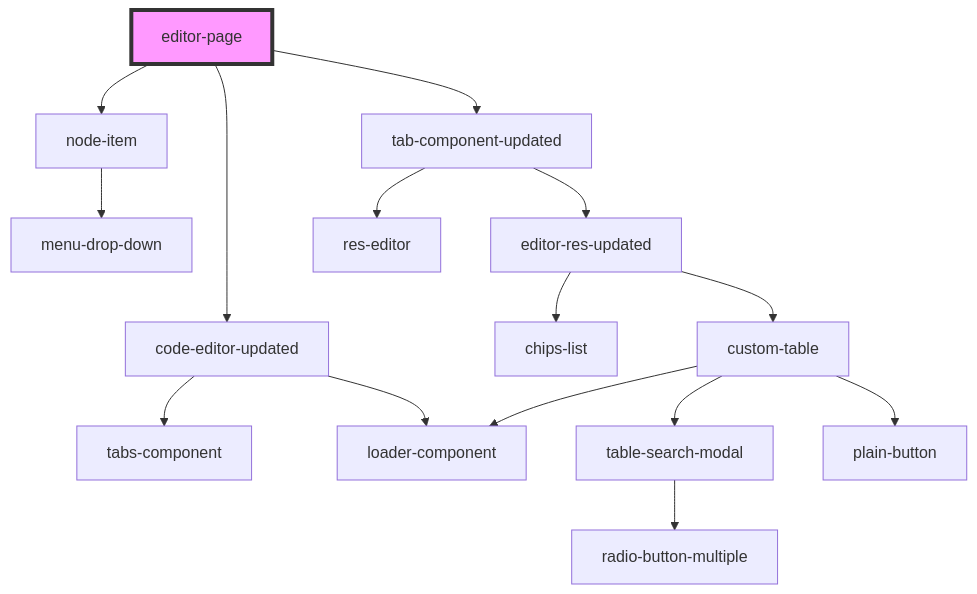
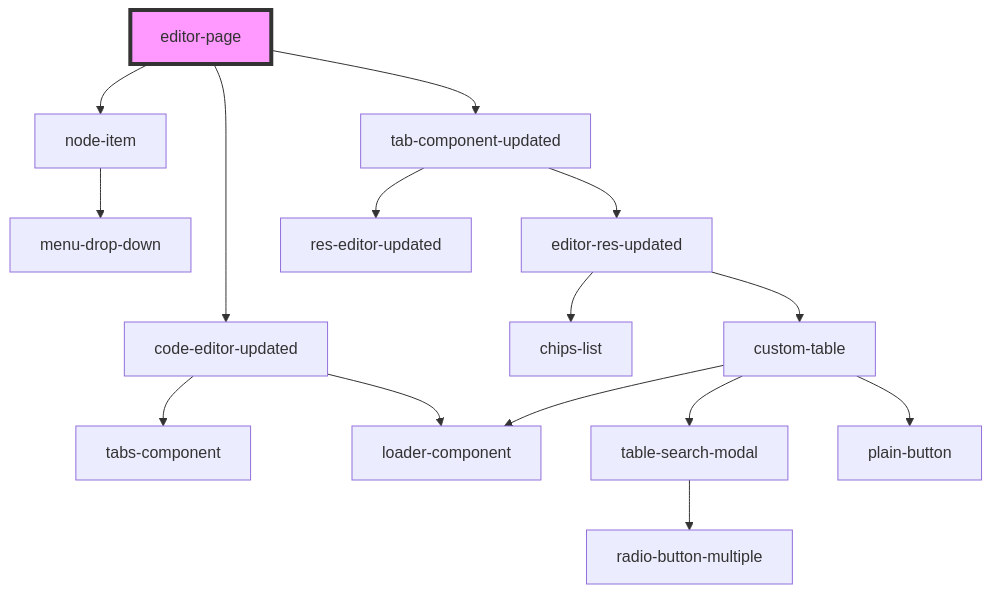
One commit to techvariable/NeptuneConnectComponents changed the diagram in src/components/editor-page/readme.md. Above: the diagram before and after it, drawn with Mermaid. The commit also changed 7 other files, not shown here.

````diff
--- a/src/components/editor-page/readme.md
+++ b/src/components/editor-page/readme.md
@@ -24,18 +24,18 @@
 ```mermaid
 graph TD;
   editor-page --> node-item
   editor-page --> code-editor-updated
   editor-page --> tab-component-updated
   node-item --> menu-drop-down
   code-editor-updated --> tabs-component
   code-editor-updated --> loader-component
   tab-component-updated --> editor-res-updated
-  tab-component-updated --> res-editor
+  tab-component-updated --> res-editor-updated
   editor-res-updated --> chips-list
   editor-res-updated --> custom-table
   custom-table --> table-search-modal
   custom-table --> loader-component
   custom-table --> plain-button
   table-search-modal --> radio-button-multiple
   style editor-page fill:#f9f,stroke:#333,stroke-width:4px
 ```
````
